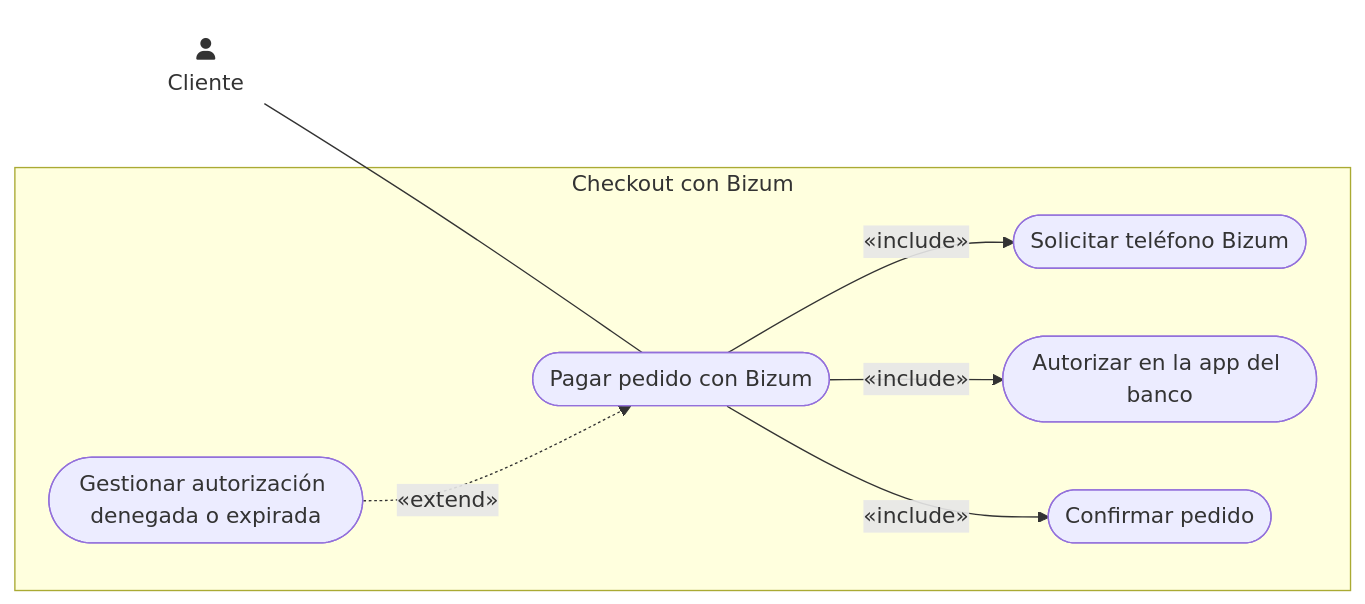
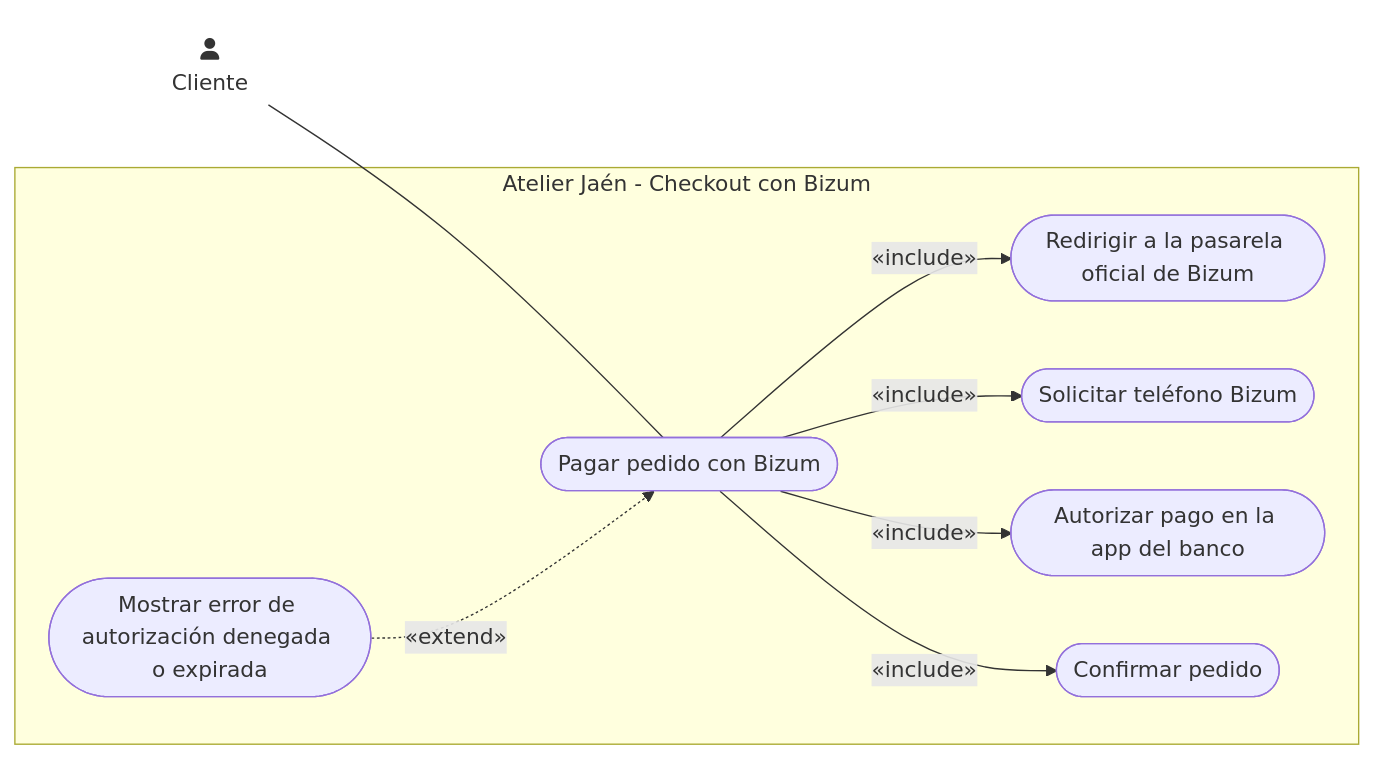
One commit to ajgarciarias10/PR3GPS changed the diagram in Practica3_G11_LaTeX/codigo/cu_us07.mmd. Above: the diagram before and after it, drawn with Mermaid. The commit also changed 42 other files, not shown here.

```diff
--- a/Practica3_G11_LaTeX/codigo/cu_us07.mmd
+++ b/Practica3_G11_LaTeX/codigo/cu_us07.mmd
@@ -1,15 +1,22 @@
 flowchart LR
-    subgraph SB7 ["Checkout con Bizum"]
+    Cliente("fa:fa-user<br>Cliente")
+
+    subgraph SB7 ["Atelier Jaén - Checkout con Bizum"]
         PagarBizum([Pagar pedido con Bizum])
+        RedirigirPasarela([Redirigir a la pasarela oficial de Bizum])
         SolicitarTelefono([Solicitar teléfono Bizum])
-        AutorizarBanco([Autorizar en la app del banco])
+        AutorizarBanco([Autorizar pago en la app del banco])
         ConfirmarPedido([Confirmar pedido])
-        ErrorBizum([Gestionar autorización denegada o expirada])
+        ErrorBizum([Mostrar error de autorización denegada o expirada])
     end
-    Cliente("fa:fa-user<br>Cliente") --- PagarBizum
+
+    Cliente --- PagarBizum
+
+    PagarBizum -->|«include»| RedirigirPasarela
     PagarBizum -->|«include»| SolicitarTelefono
     PagarBizum -->|«include»| AutorizarBanco
     PagarBizum -->|«include»| ConfirmarPedido
     ErrorBizum -.->|«extend»| PagarBizum
+
     classDef actor fill:none,stroke:none;
     class Cliente actor;
```
